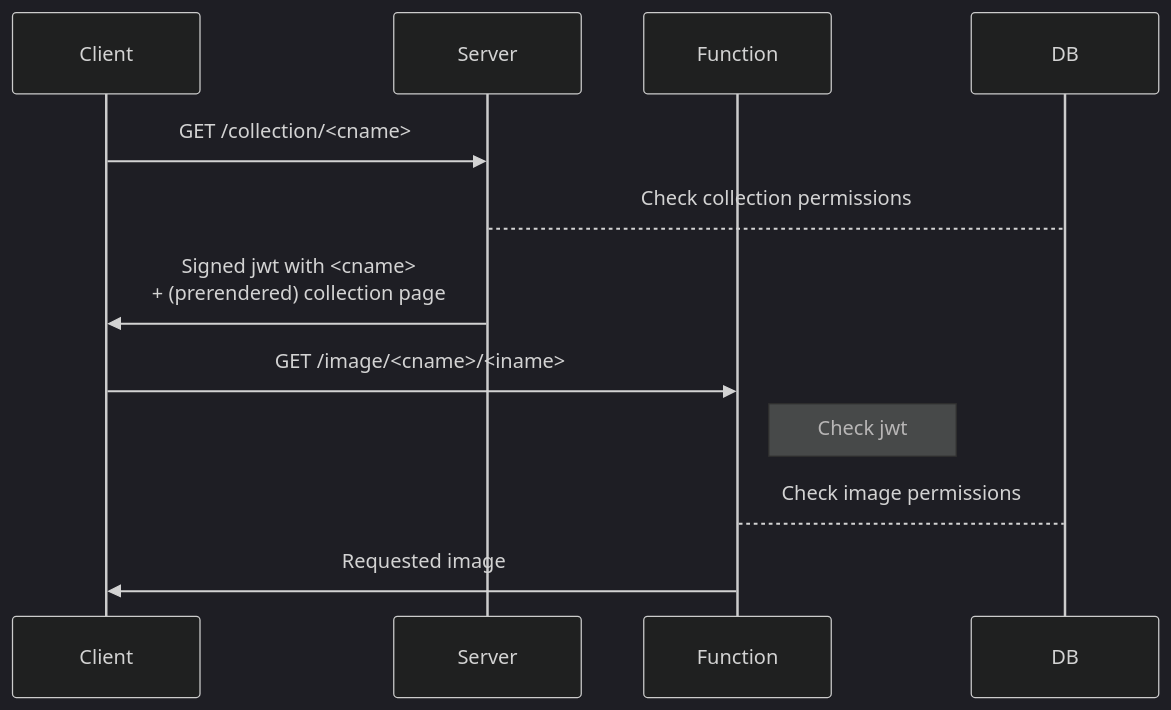
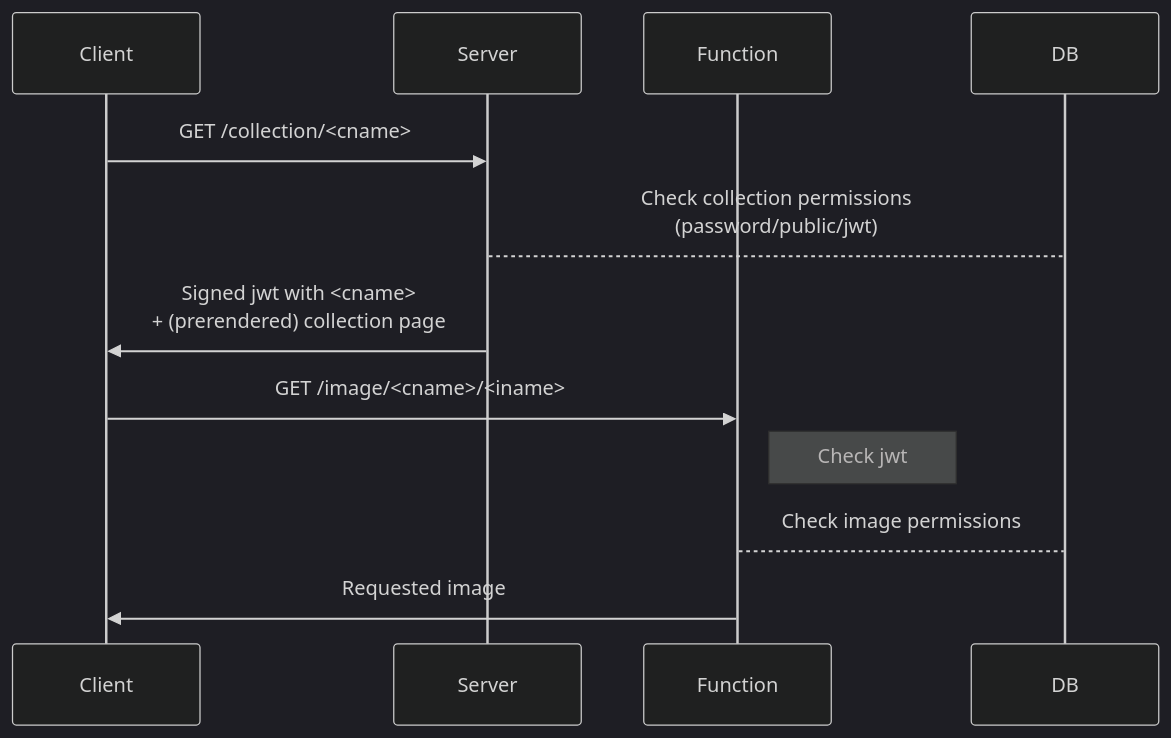
Before and after one commit to haasal/photoblog: the first of 2 diagrams in docs/auth.md, drawn with Mermaid (dark theme). The commit also changed other lines of this file, not shown here.

Commit message:
docs: Added flow chart for auth

````diff
--- a/docs/auth.md
+++ b/docs/auth.md
@@ -24,14 +26,14 @@
 ```mermaid
 sequenceDiagram
     participant Client
     participant Server
     participant Function
     participant DB
     Client->>Server: GET /collection/<cname>
-    Server-->DB: Check collection permissions
+    Server-->DB: Check collection permissions<br>(password/public/jwt)
     Server->>Client: Signed jwt with <cname><br>+ (prerendered) collection page
     Client->>Function: GET /image/<cname>/<iname>
     Note right of Function: Check jwt
     Function-->DB: Check image permissions
     Function->>Client: Requested image
 ```
````
